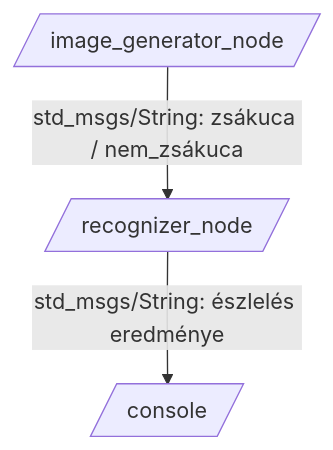
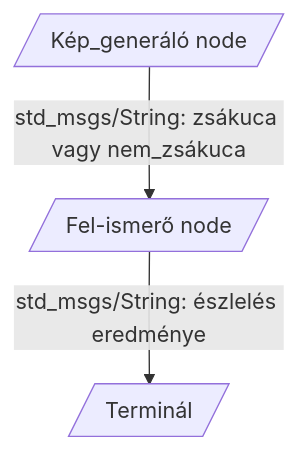
One commit to and683/fon_tm1_autonom changed the diagram in diagrams/topics.mmd. Above: the diagram before and after it, drawn with Mermaid. The commit also changed other lines of this file and 71 other files, not shown here.

Commit message:
Frissített node-ok, launch fájl, diagram a zsákuca felismerőhöz

```diff
--- a/diagrams/topics.mmd
+++ b/diagrams/topics.mmd
@@ -1,3 +1,3 @@
 graph TD
-    A[/image_generator_node/] -->|std_msgs/String: zsákuca / nem_zsákuca| B[/recognizer_node/]
-    B -->|std_msgs/String: észlelés eredménye| C[/console/]
+    A[/Kép_generáló node/] -->|std_msgs/String: zsákuca vagy nem_zsákuca| B[/Fel-ismerő node/]
+    B -->|std_msgs/String: észlelés eredménye| C[/Terminál/]
```
